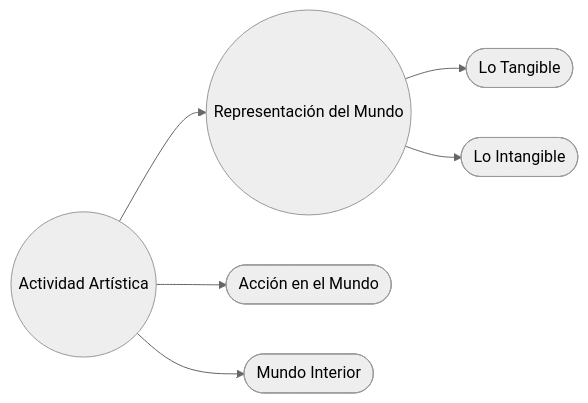
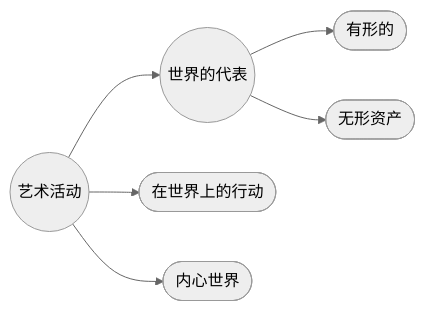
The first of 3 diagrams in CHN/mundo-exterior.md (EGGS-Artesvisuales/EGGS-Artesvisuales.github.io), drawn with Mermaid (neutral theme) before and after one commit. The commit also changed other lines of this file and 43 other files, not shown here.

```diff
--- a/CHN/mundo-exterior.md
+++ b/CHN/mundo-exterior.md
@@ -18,21 +18,21 @@
 <div class="mermaid">
 flowchart LR
-  principal((Actividad Artística))
-  representacion(("Representación del Mundo"))
-  accion(["Acción en el Mundo"])
-  interior(["Mundo Interior"])
+  principal((艺术活动))
+  representacion(("世界的代表"))
+  accion(["在世界上的行动"])
+  interior(["内心世界"])
 
   principal --> representacion
   principal --> accion
   principal --> interior
 
-  representacion --> tangible(["Lo Tangible"])
-  representacion --> intangible(["Lo Intangible"])
+  representacion --> tangible(["有形的"])
+  representacion --> intangible(["无形资产"])
 
-  click principal "/CHN/index.html" "Ir al Inicio"
-  click representacion "/CHN/mundo-exterior.html" "Ir a Representación del Mundo"
-  click tangible "/CHN/tangible.html" "Ir a Lo Tangible"
-  click intangible "/CHN/intangible.html" "Ir a Lo Intangible"
-  click accion "/CHN/accion.html" "Ir a Acción en el Mundo"
-  click interior "/CHN/interior.html" "Ir a Mundo Interior"
+  click principal "/CHN/index.html" "回到首页"
+  click representacion "/CHN/mundo-exterior.html" "前往世界代表"
+  click tangible "/CHN/tangible.html" "走向有形"
+  click intangible "/CHN/intangible.html" "走向无形"
+  click accion "/CHN/accion.html" "前往世界各地行动"
+  click interior "/CHN/interior.html" "走进内心世界"
 </div>
```
